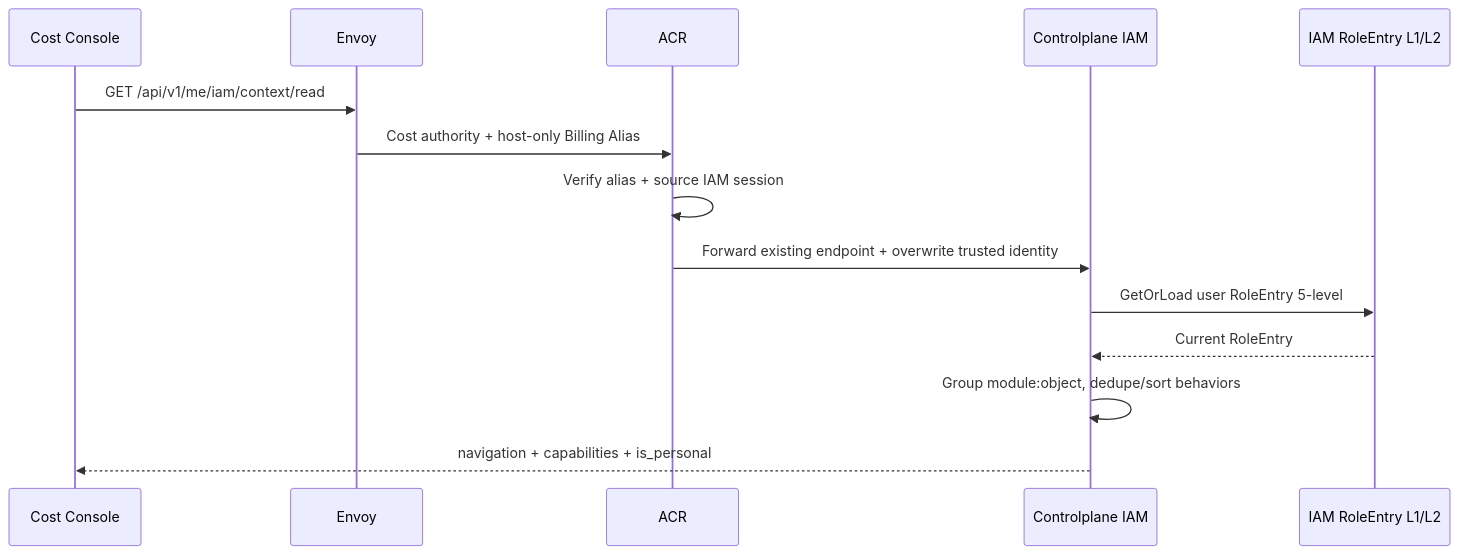
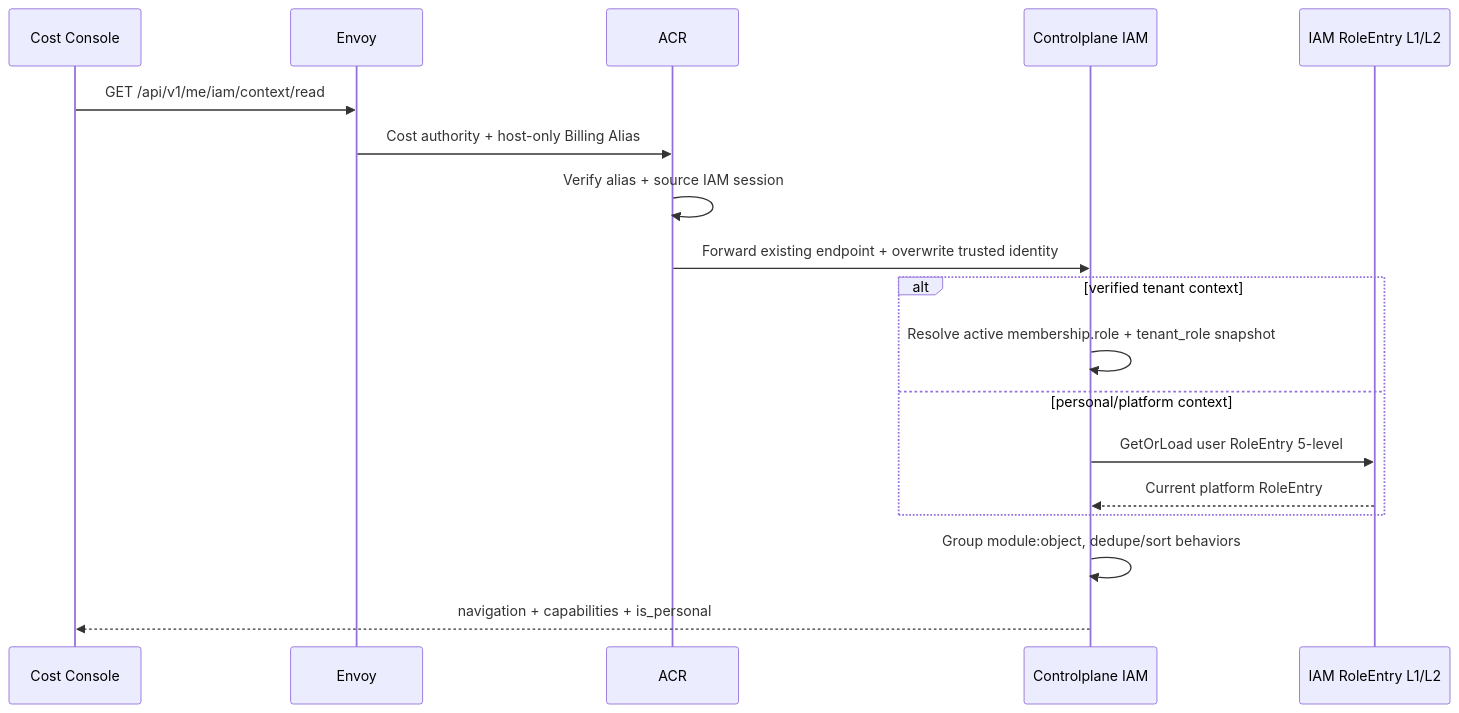
Before and after one commit to phucle996/aurora: the second of 4 diagrams in god_view/billing/cost_console_domain_trinity_god_view.md, drawn with Mermaid. The commit also changed other lines of this file and 87 other files, not shown here.

````diff
--- a/god_view/billing/cost_console_domain_trinity_god_view.md
+++ b/god_view/billing/cost_console_domain_trinity_god_view.md
@@ -194,17 +203,21 @@
 ```mermaid
 sequenceDiagram
     participant CostUI as Cost Console
     participant Envoy
     participant ACR
     participant IAM as Controlplane IAM
     participant Cache as IAM RoleEntry L1/L2
 
     CostUI->>Envoy: GET /api/v1/me/iam/context/read
     Envoy->>ACR: Cost authority + host-only Billing Alias
     ACR->>ACR: Verify alias + source IAM session
     ACR->>IAM: Forward existing endpoint + overwrite trusted identity
-    IAM->>Cache: GetOrLoad user RoleEntry 5-level
-    Cache-->>IAM: Current RoleEntry
+    alt verified tenant context
+        IAM->>IAM: Resolve active membership.role + tenant_role snapshot
+    else personal/platform context
+        IAM->>Cache: GetOrLoad user RoleEntry 5-level
+        Cache-->>IAM: Current platform RoleEntry
+    end
     IAM->>IAM: Group module:object, dedupe/sort behaviors
     IAM-->>CostUI: navigation + capabilities + is_personal
 ```
````
